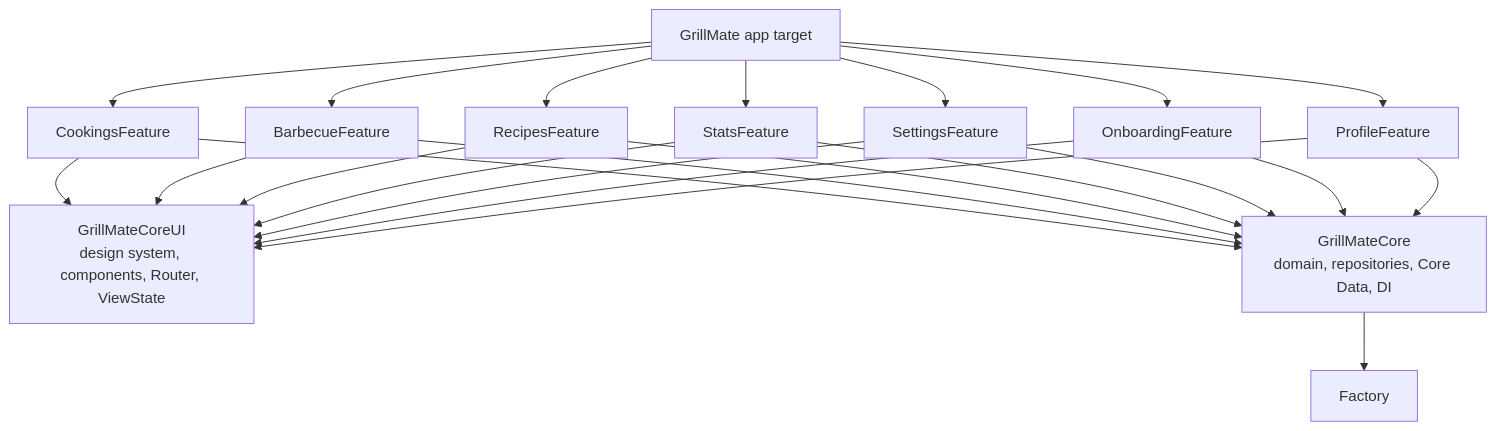
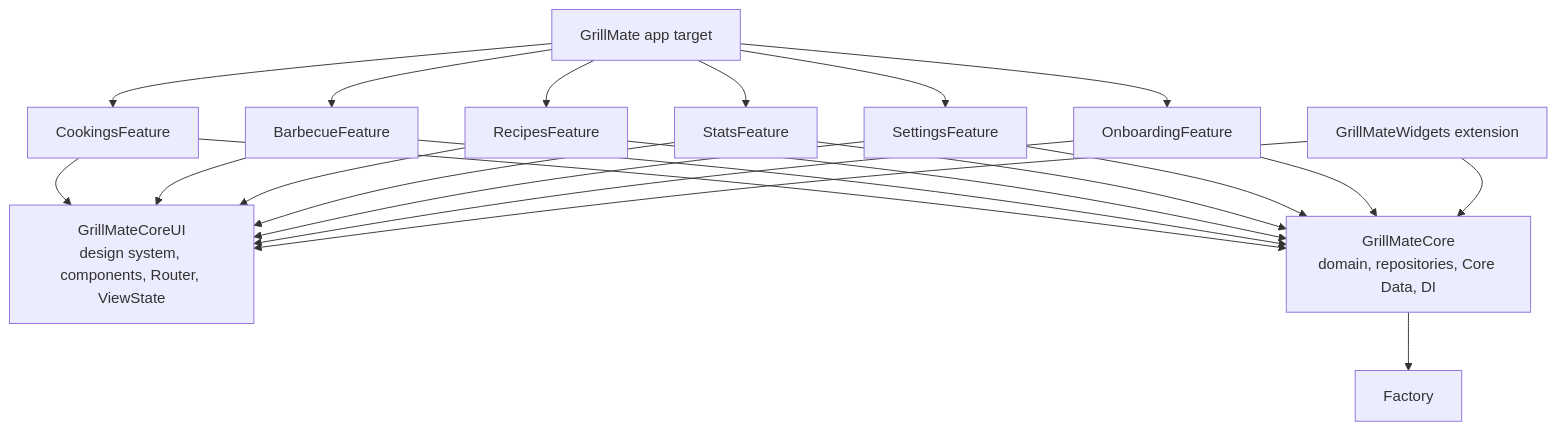
One commit to andrea-steva/grillmate-showcase changed the first of 2 diagrams in README.md. Above: the diagram before and after it, drawn with Mermaid. The commit also changed other lines of this file and 4 other files, not shown here.

````diff
--- a/README.md
+++ b/README.md
@@ -165,15 +189,16 @@
 ```mermaid
 graph TD
     App[GrillMate app target]
     App --> Cookings[CookingsFeature]
     App --> Barbecue[BarbecueFeature]
     App --> Recipes[RecipesFeature]
     App --> Stats[StatsFeature]
     App --> Settings[SettingsFeature]
     App --> Onboarding[OnboardingFeature]
-    App --> Profile[ProfileFeature]
+    Widgets[GrillMateWidgets extension]
 
-    Cookings & Barbecue & Recipes & Stats & Settings & Onboarding & Profile --> CoreUI["GrillMateCoreUI<br/>design system, components, Router, ViewState"]
-    Cookings & Barbecue & Recipes & Stats & Settings & Onboarding & Profile --> Core["GrillMateCore<br/>domain, repositories, Core Data, DI"]
+    Cookings & Barbecue & Recipes & Stats & Settings & Onboarding --> CoreUI["GrillMateCoreUI<br/>design system, components, Router, ViewState"]
+    Cookings & Barbecue & Recipes & Stats & Settings & Onboarding --> Core["GrillMateCore<br/>domain, repositories, Core Data, DI"]
+    Widgets --> CoreUI & Core
     Core --> Factory[Factory]
 ```
````
